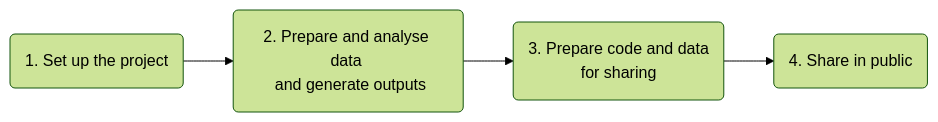
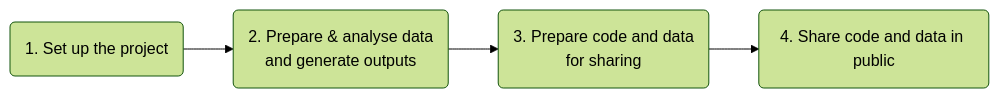
The first of 3 diagrams in babysteps.qmd (juusorepo/ReproRepo), drawn with Mermaid (forest theme) before and after one commit. The commit also changed 4 other files, not shown here.

````diff
--- a/babysteps.qmd
+++ b/babysteps.qmd
@@ -11,9 +11,9 @@
 ```{mermaid, echo=FALSE}
 flowchart LR
     step1("1. Set up the project <br> ")
-    step2("2. Prepare and analyse data <br> and generate outputs")
+    step2("2. Prepare & analyse data <br> and generate outputs")
     step3("3. Prepare code and data <br> for sharing")
-    step4("4. Share in public")
+    step4("4. Share code and data in public")
     
     step1 --> step2 --> step3 --> step4
 ```
````
